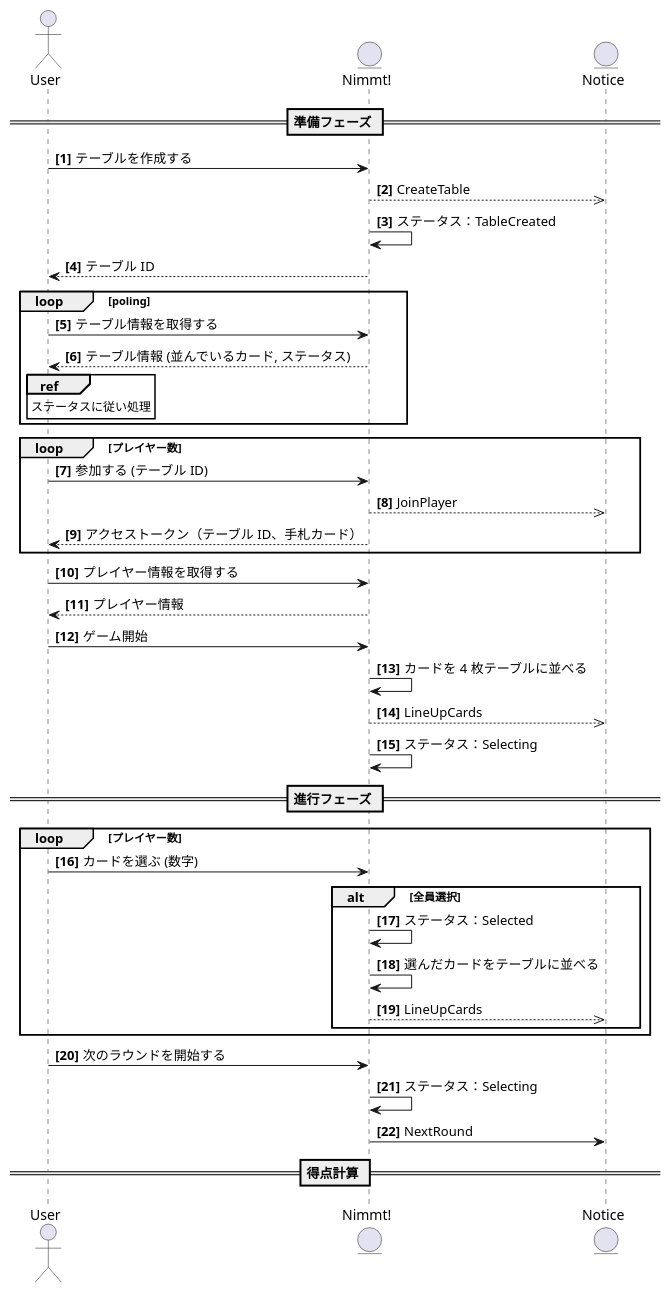
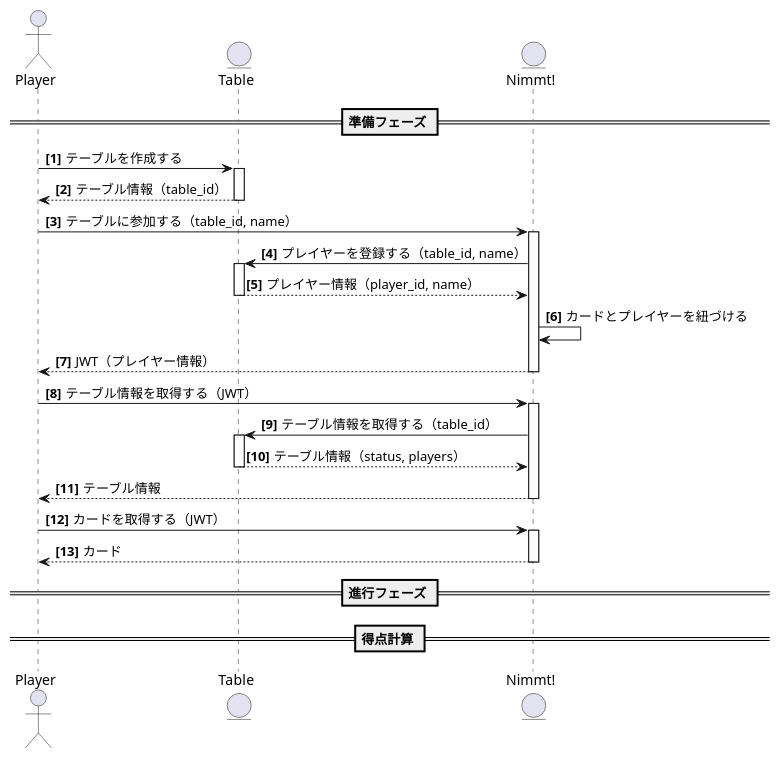
The diagram in docs/sequence.puml (inoh/service_api), drawn with PlantUML before and after one commit.

Commit message:
シーケンス図修正

```diff
--- a/docs/sequence.puml
+++ b/docs/sequence.puml
@@ -1,58 +1,46 @@
 @startuml nimmt
 
-actor User as user
+actor Player as user
+entity Table as table
 entity "Nimmt!" as nimmt
-entity Notice as notice
 
 autonumber "<b>[0]"
 
 == 準備フェーズ ==
 
-user -> nimmt: テーブルを作成する
-nimmt -->> notice: CreateTable
-nimmt -> nimmt: ステータス：TableCreated
-nimmt --> user: テーブル ID
+user -> table: テーブルを作成する
+activate table
 
-loop poling
-  user -> nimmt: テーブル情報を取得する
-  nimmt --> user: テーブル情報 (並んでいるカード, ステータス)
+table --> user: テーブル情報（table_id）
+deactivate table
 
-  ref over user
-    ステータスに従い処理
-  end ref
-end
+user -> nimmt: テーブルに参加する（table_id, name）
+activate nimmt
+nimmt -> table: プレイヤーを登録する（table_id, name）
+activate table
+table --> nimmt: プレイヤー情報（player_id, name）
+deactivate table
+nimmt -> nimmt: カードとプレイヤーを紐づける
+nimmt --> user: JWT（プレイヤー情報）
+deactivate nimmt
 
-loop プレイヤー数
-  user -> nimmt: 参加する (テーブル ID)
-  nimmt -->> notice: JoinPlayer
-  nimmt --> user: アクセストークン（テーブル ID、手札カード）
-end
+user -> nimmt: テーブル情報を取得する（JWT）
+activate nimmt
+nimmt -> table: テーブル情報を取得する（table_id）
+activate table
+table --> nimmt: テーブル情報（status, players）
+deactivate table
+nimmt --> user: テーブル情報
+deactivate nimmt
 
-user -> nimmt: プレイヤー情報を取得する
-nimmt --> user: プレイヤー情報
-
-user -> nimmt: ゲーム開始
-nimmt -> nimmt: カードを 4 枚テーブルに並べる
-nimmt -->> notice: LineUpCards
-nimmt -> nimmt: ステータス：Selecting
+user -> nimmt: カードを取得する（JWT）
+activate nimmt
+nimmt --> user: カード
+deactivate nimmt
 
 == 進行フェーズ ==
 
-loop プレイヤー数
-  user -> nimmt: カードを選ぶ (数字)
-
-  alt 全員選択
-    nimmt -> nimmt: ステータス：Selected
-
-    nimmt -> nimmt: 選んだカードをテーブルに並べる
-    nimmt -->> notice: LineUpCards
-  end
-end
-
-user -> nimmt: 次のラウンドを開始する
-nimmt -> nimmt: ステータス：Selecting
-nimmt -> notice: NextRound
 
 == 得点計算 ==
 
 @enduml
```
